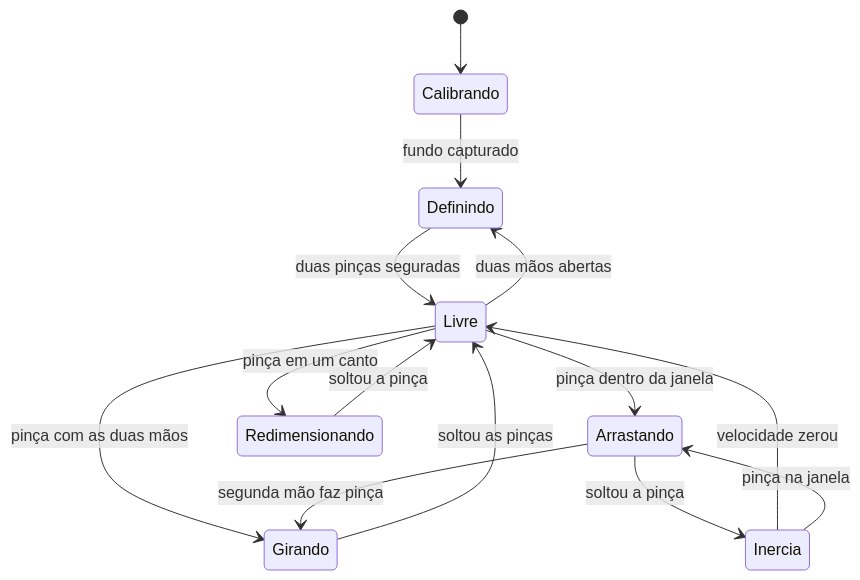
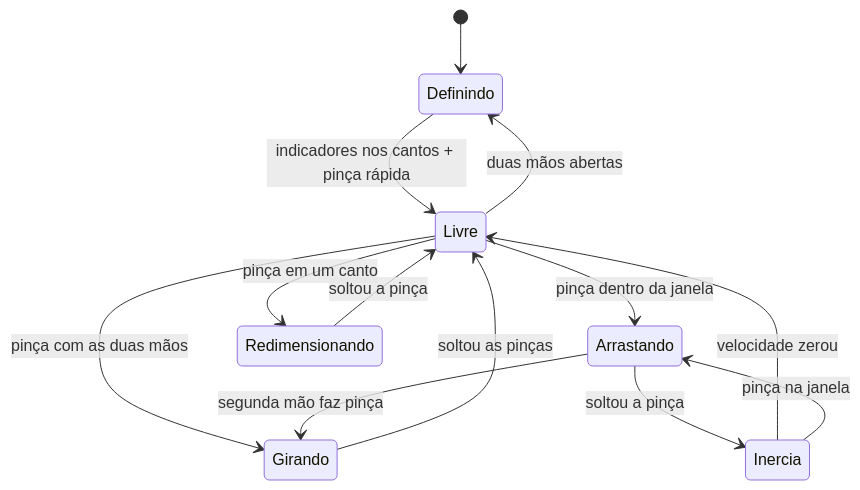
Before and after one commit to hPedro11/invisible-box: the second of 2 diagrams in README.md, drawn with Mermaid. The commit also changed other lines of this file and 13 other files, not shown here.

First line of the commit message:
Segunda versão: indicadores + pinça rápida, vidro transparente e fundo com pessoas

````diff
--- a/README.md
+++ b/README.md
@@ -76,16 +77,15 @@
 ```mermaid
 stateDiagram-v2
-    [*] --> Calibrando
-    Calibrando --> Definindo: fundo capturado
-    Definindo --> Livre: duas pinças seguradas
+    [*] --> Definindo
+    Definindo --> Livre: indicadores nos cantos + pinça rápida
     Livre --> Arrastando: pinça dentro da janela
     Livre --> Redimensionando: pinça em um canto
     Livre --> Girando: pinça com as duas mãos
     Arrastando --> Girando: segunda mão faz pinça
     Arrastando --> Inercia: soltou a pinça
     Redimensionando --> Livre: soltou a pinça
     Girando --> Livre: soltou as pinças
     Inercia --> Livre: velocidade zerou
     Inercia --> Arrastando: pinça na janela
     Livre --> Definindo: duas mãos abertas
 ```
````
